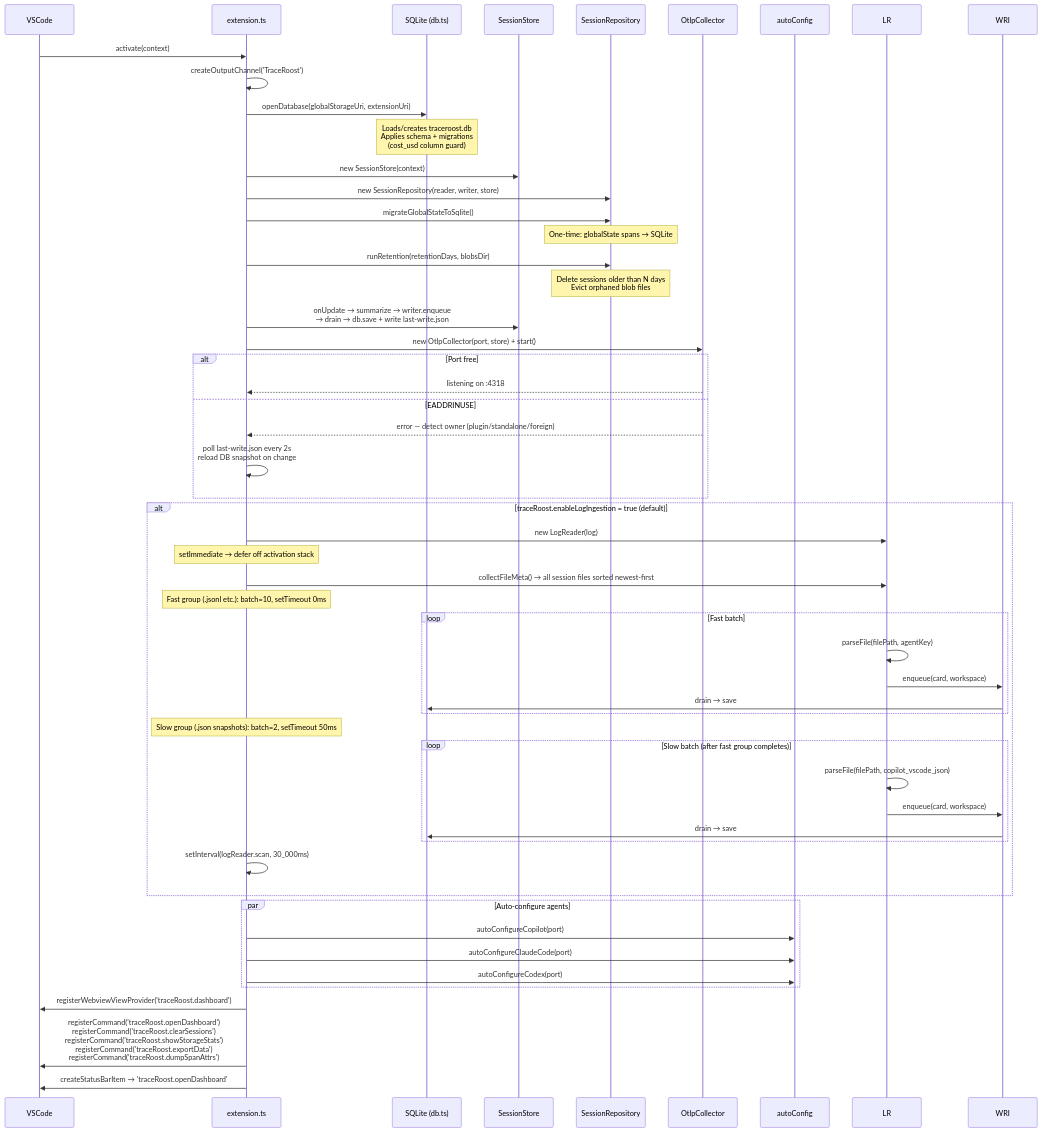
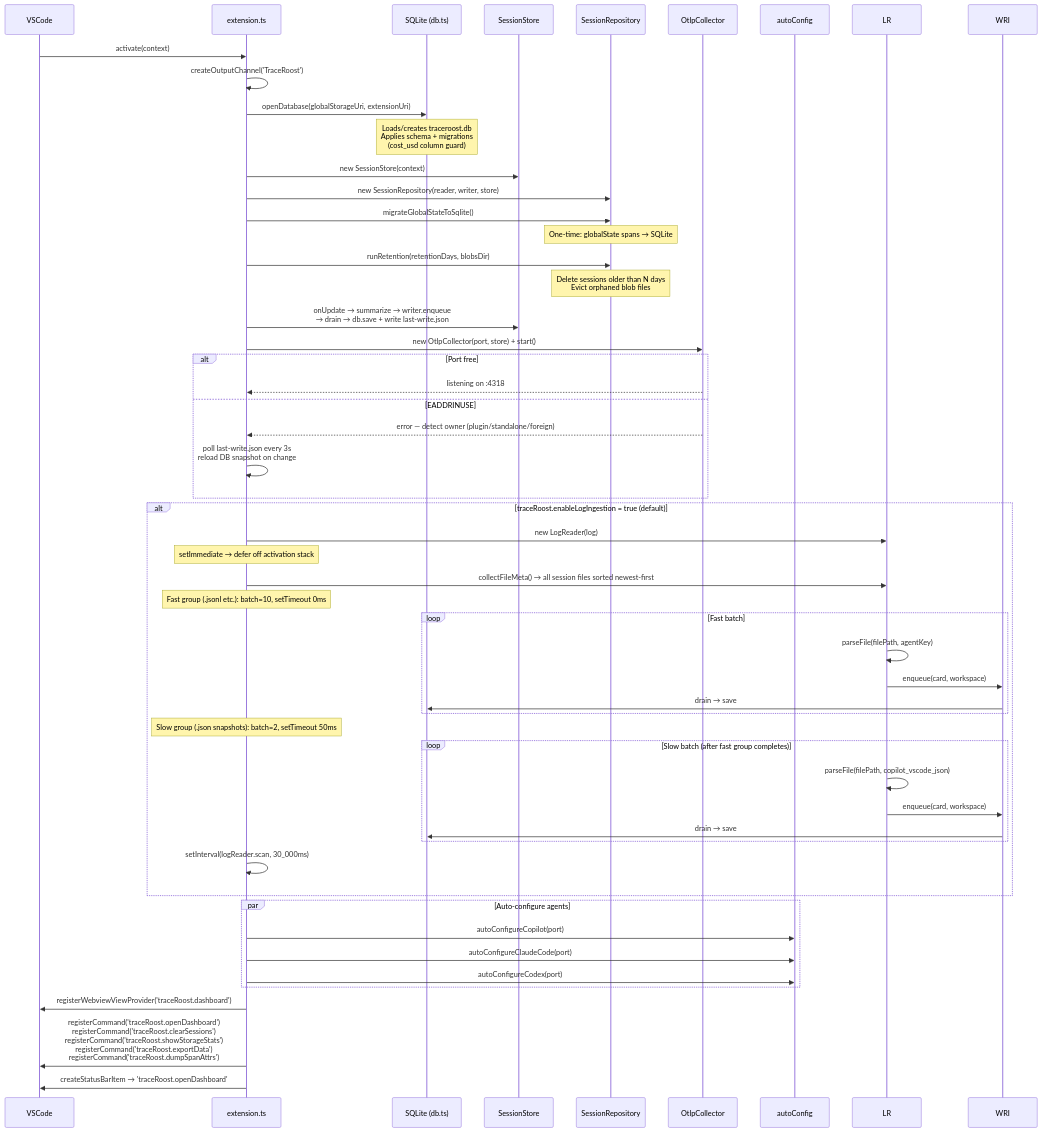
The second of 20 diagrams in ARCHITECTURE.md (traceroost/core), drawn with Mermaid before and after one commit. The commit also changed other lines of this file and 6 other files, not shown here.

````diff
--- a/ARCHITECTURE.md
+++ b/ARCHITECTURE.md
@@ -98,55 +98,55 @@
 ```mermaid
 sequenceDiagram
     participant VS as VSCode
     participant EXT as extension.ts
     participant DB as SQLite (db.ts)
     participant STO as SessionStore
     participant REPO as SessionRepository
     participant COL as OtlpCollector
     participant CFG as autoConfig
 
     VS->>EXT: activate(context)
     EXT->>EXT: createOutputChannel('TraceRoost')
     EXT->>DB: openDatabase(globalStorageUri, extensionUri)
     Note over DB: Loads/creates traceroost.db<br/>Applies schema + migrations<br/>(cost_usd column guard)
     EXT->>STO: new SessionStore(context)
     EXT->>REPO: new SessionRepository(reader, writer, store)
     EXT->>REPO: migrateGlobalStateToSqlite()
     Note over REPO: One-time: globalState spans → SQLite
     EXT->>REPO: runRetention(retentionDays, blobsDir)
     Note over REPO: Delete sessions older than N days<br/>Evict orphaned blob files
     EXT->>STO: onUpdate → summarize → writer.enqueue<br/>→ drain → db.save + write last-write.json
     EXT->>COL: new OtlpCollector(port, store) + start()
     alt Port free
         COL-->>EXT: listening on :4318
     else EADDRINUSE
         COL-->>EXT: error — detect owner (plugin/standalone/foreign)
-        EXT->>EXT: poll last-write.json every 2s<br/>reload DB snapshot on change
+        EXT->>EXT: poll last-write.json every 3s<br/>reload DB snapshot on change
     end
     alt traceRoost.enableLogIngestion = true (default)
         EXT->>LR: new LogReader(log)
         Note over EXT: setImmediate → defer off activation stack
         EXT->>LR: collectFileMeta() → all session files sorted newest-first
         Note over EXT: Fast group (.jsonl etc.): batch=10, setTimeout 0ms
         loop Fast batch
             LR->>LR: parseFile(filePath, agentKey)
             LR->>WRI: enqueue(card, workspace)
             WRI->>DB: drain → save
         end
         Note over EXT: Slow group (.json snapshots): batch=2, setTimeout 50ms
         loop Slow batch (after fast group completes)
             LR->>LR: parseFile(filePath, copilot_vscode_json)
             LR->>WRI: enqueue(card, workspace)
             WRI->>DB: drain → save
         end
         EXT->>EXT: setInterval(logReader.scan, 30_000ms)
     end
     par Auto-configure agents
         EXT->>CFG: autoConfigureCopilot(port)
         EXT->>CFG: autoConfigureClaudeCode(port)
         EXT->>CFG: autoConfigureCodex(port)
     end
     EXT->>VS: registerWebviewViewProvider('traceRoost.dashboard')
     EXT->>VS: registerCommand('traceRoost.openDashboard')<br/>registerCommand('traceRoost.clearSessions')<br/>registerCommand('traceRoost.showStorageStats')<br/>registerCommand('traceRoost.exportData')<br/>registerCommand('traceRoost.dumpSpanAttrs')
     EXT->>VS: createStatusBarItem → 'traceRoost.openDashboard'
 ```
````
